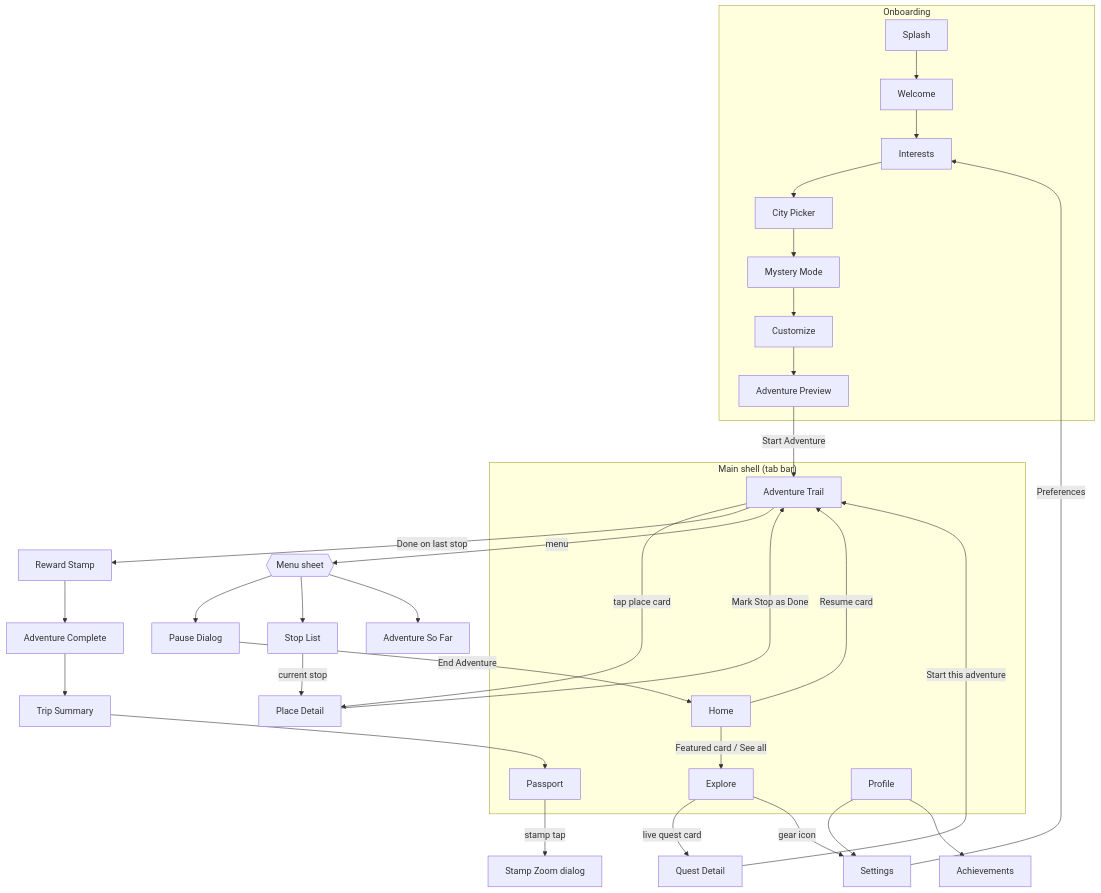
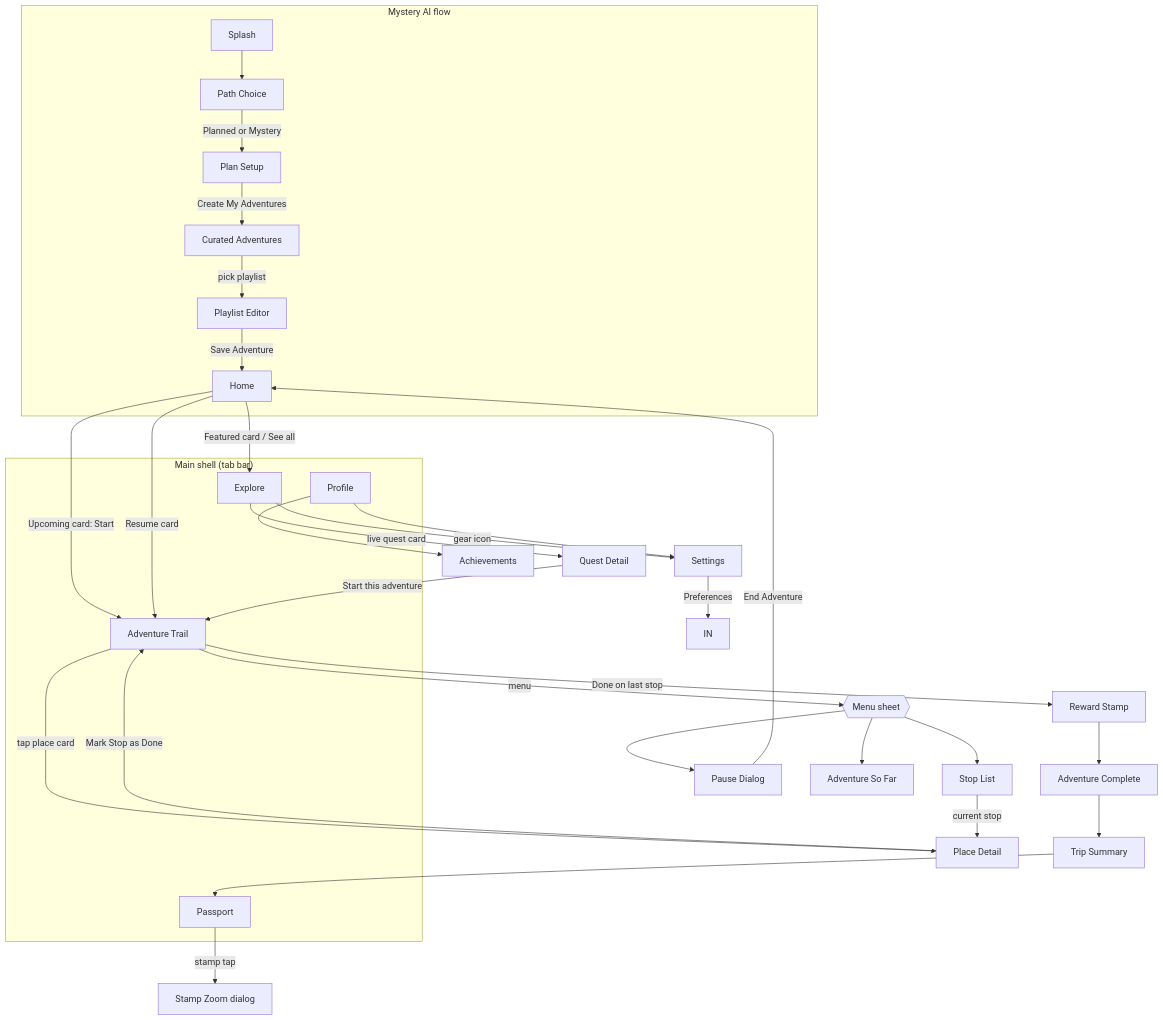
Before and after one commit to pratikHan/MysteryTravel: the diagram in SCREEN_GUIDE.md, drawn with Mermaid. The commit also changed other lines of this file and 10 other files, not shown here.

First line of the commit message:
Mystery AI Slice 0: models, fixtures, walkable flow skeleton

````diff
--- a/SCREEN_GUIDE.md
+++ b/SCREEN_GUIDE.md
@@ -204,38 +226,41 @@
 ```mermaid
 flowchart TD
-    subgraph Onboarding
-        SP[Splash] --> WE[Welcome] --> IN[Interests] --> CI[City Picker]
-        CI --> MM[Mystery Mode] --> CU[Customize] --> PR[Adventure Preview]
+    subgraph Planning["Mystery AI flow"]
+        SP[Splash] --> PC[Path Choice]
+        PC -->|Planned or Mystery| PL[Plan Setup]
+        PL -->|Create My Adventures| CA[Curated Adventures]
+        CA -->|pick playlist| PE[Playlist Editor]
+        PE -->|Save Adventure| HO
     end
-    PR -->|Start Adventure| AT
+    HO -->|Upcoming card: Start| AT
 
     subgraph Tabs["Main shell (tab bar)"]
         HO[Home]
         EX[Explore]
         AT[Adventure Trail]
         PA[Passport]
         PF[Profile]
     end
 
     HO -->|Resume card| AT
     HO -->|Featured card / See all| EX
     EX -->|live quest card| QD[Quest Detail]
     QD -->|Start this adventure| AT
     EX -->|gear icon| SE
 
     AT -->|tap place card| PD[Place Detail]
     PD -->|Mark Stop as Done| AT
     AT -->|Done on last stop| RS[Reward Stamp]
     RS --> AC[Adventure Complete] --> TS[Trip Summary] --> PA
     AT -->|menu| MEN{{Menu sheet}}
     MEN --> PAU[Pause Dialog]
     MEN --> SL[Stop List]
     MEN --> SF[Adventure So Far]
     SL -->|current stop| PD
     PAU -->|End Adventure| HO
 
     PF --> SE[Settings]
     PF --> AH[Achievements]
     SE -->|Preferences| IN
     PA -->|stamp tap| ZM[Stamp Zoom dialog]
 ```
````
